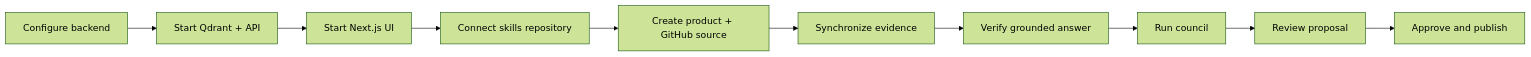
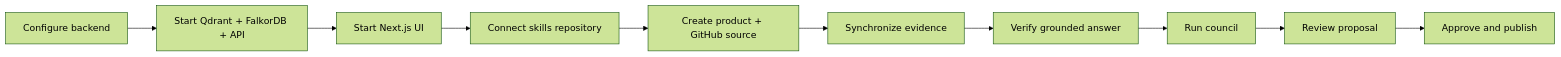
Before and after one commit to 0xaeres/anvay-docs: the first of 2 diagrams in content/docs/quickstart.mdx, drawn with Mermaid (forest theme). The commit also changed other lines of this file and 3 other files, not shown here.

````diff
--- a/content/docs/quickstart.mdx
+++ b/content/docs/quickstart.mdx
@@ -16,12 +16,12 @@
 ```mermaid
 flowchart LR
-  Clone["Configure backend"] --> Services["Start Qdrant + API"]
+  Clone["Configure backend"] --> Services["Start Qdrant + FalkorDB + API"]
   Services --> UI["Start Next.js UI"]
   UI --> Setup["Connect skills repository"]
   Setup --> Product["Create product + GitHub source"]
   Product --> Sync["Synchronize evidence"]
   Sync --> Ask["Verify grounded answer"]
   Ask --> Council["Run council"]
   Council --> Review["Review proposal"]
   Review --> Approve["Approve and publish"]
 ```
````
